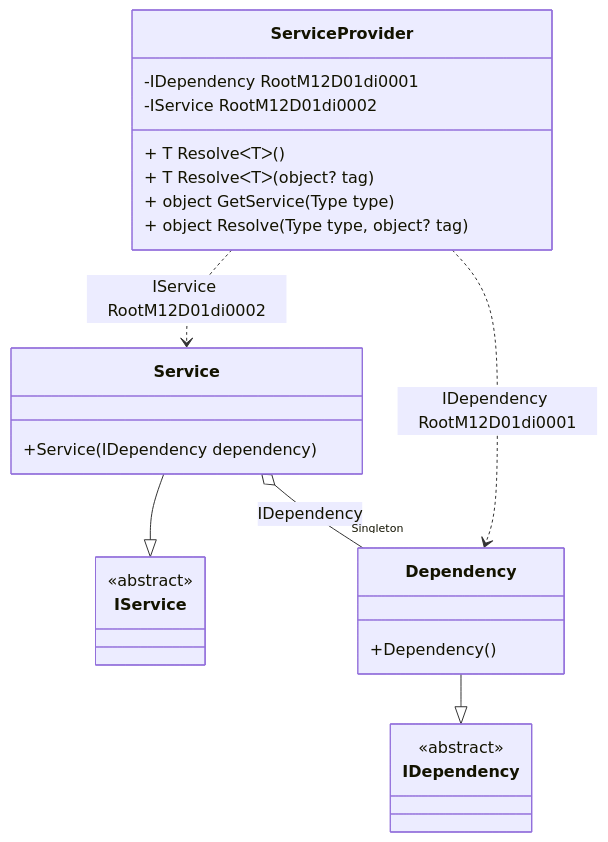
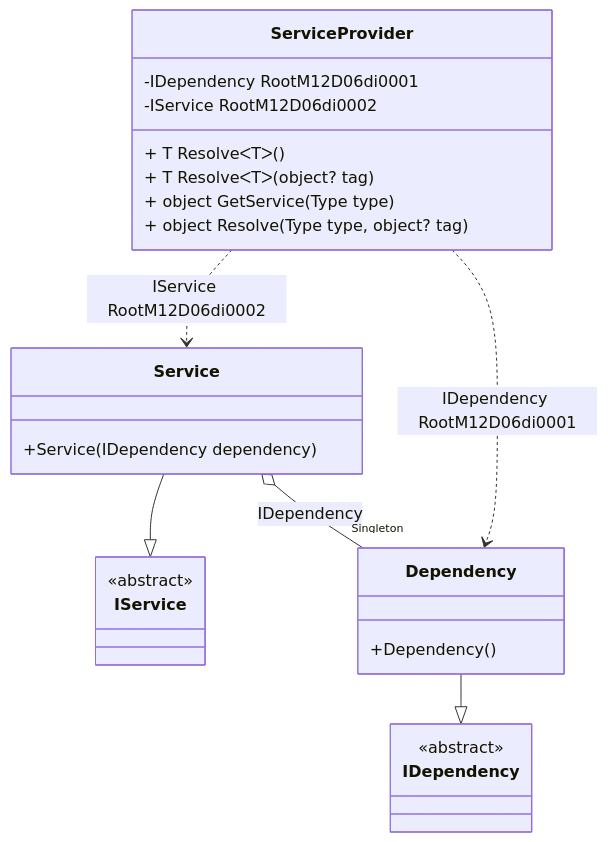
One commit to DevTeam/Pure.DI changed the diagram in readme/service-provider.md. Above: the diagram before and after it, drawn with Mermaid. The commit also changed other lines of this file and 76 other files, not shown here.

````diff
--- a/readme/service-provider.md
+++ b/readme/service-provider.md
@@ -49,28 +49,28 @@
 ```mermaid
 classDiagram
   class ServiceProvider {
-    -IDependency RootM12D01di0001
-    -IService RootM12D01di0002
+    -IDependency RootM12D06di0001
+    -IService RootM12D06di0002
     + T ResolveᐸTᐳ()
     + T ResolveᐸTᐳ(object? tag)
     + object GetService(Type type)
     + object Resolve(Type type, object? tag)
   }
   Service --|> IService : 
   class Service {
     +Service(IDependency dependency)
   }
   Dependency --|> IDependency : 
   class Dependency {
     +Dependency()
   }
   class IService {
     <<abstract>>
   }
   class IDependency {
     <<abstract>>
   }
   Service o--  "Singleton" Dependency : IDependency
-  ServiceProvider ..> Dependency : IDependency RootM12D01di0001
-  ServiceProvider ..> Service : IService RootM12D01di0002
+  ServiceProvider ..> Dependency : IDependency RootM12D06di0001
+  ServiceProvider ..> Service : IService RootM12D06di0002
 ```
````
